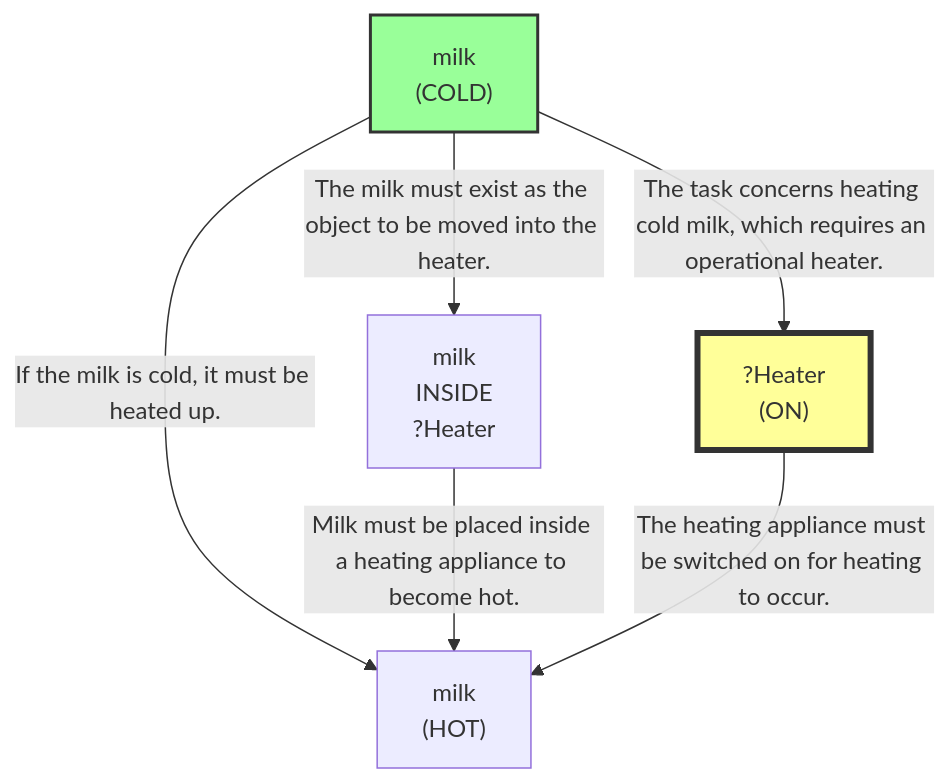
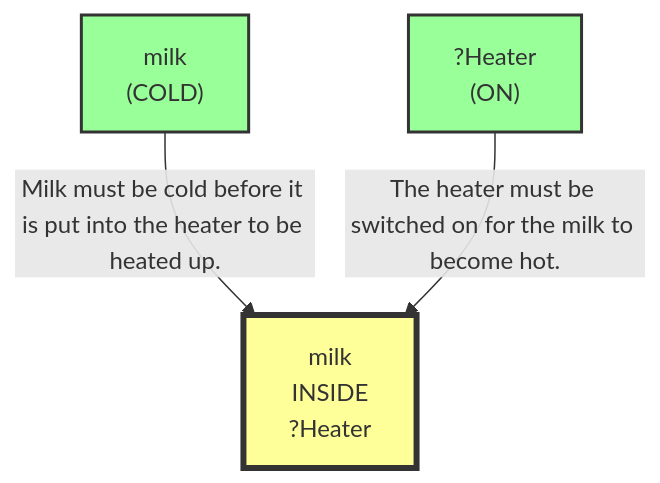
The third of 16 diagrams in evaluation/results/table3/robostate/runs/without_memory/M1_05/run_T3_without_memory_M1_05.md (scuama/virtualhome), drawn with Mermaid before and after one commit. The commit also changed other lines of this file and 507 other files, not shown here.

````diff
--- a/evaluation/results/table3/robostate/runs/without_memory/M1_05/run_T3_without_memory_M1_05.md
+++ b/evaluation/results/table3/robostate/runs/without_memory/M1_05/run_T3_without_memory_M1_05.md
@@ -231,14 +234,11 @@
 ```mermaid
 graph TD
     N1["milk<br>(COLD)"]
     style N1 fill:#9f9,stroke:#333,stroke-width:2px
-    N2["milk<br>(HOT)"]
-    N3["milk<br>INSIDE<br>?Heater"]
-    N4["?Heater<br>(ON)"]
-    style N4 fill:#ff9,stroke:#333,stroke-width:4px
-    N1 -->|"If the milk is cold, it must be heated up."| N2
-    N3 -->|"Milk must be placed inside a heating appliance to become hot."| N2
-    N4 -->|"The heating appliance must be switched on for heating to occur."| N2
-    N1 -->|"The milk must exist as the object to be moved into the heater."| N3
-    N1 -->|"The task concerns heating cold milk, which requires an operational heater."| N4
+    N2["milk<br>INSIDE<br>?Heater"]
+    style N2 fill:#ff9,stroke:#333,stroke-width:4px
+    N3["?Heater<br>(ON)"]
+    style N3 fill:#9f9,stroke:#333,stroke-width:2px
+    N1 -->|"Milk must be cold before it is put into the heater to be heated up."| N2
+    N3 -->|"The heater must be switched on for the milk to become hot."| N2
 ```
````
